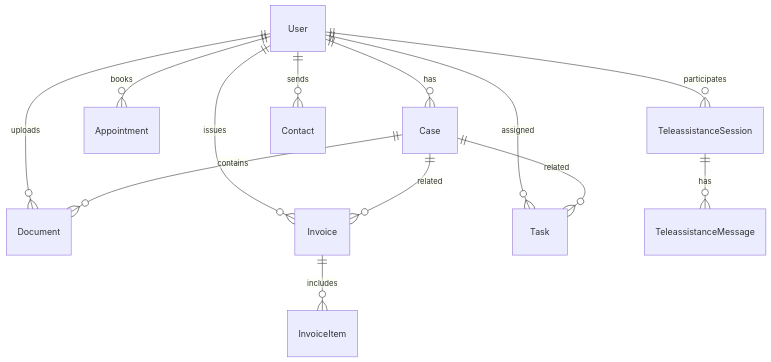
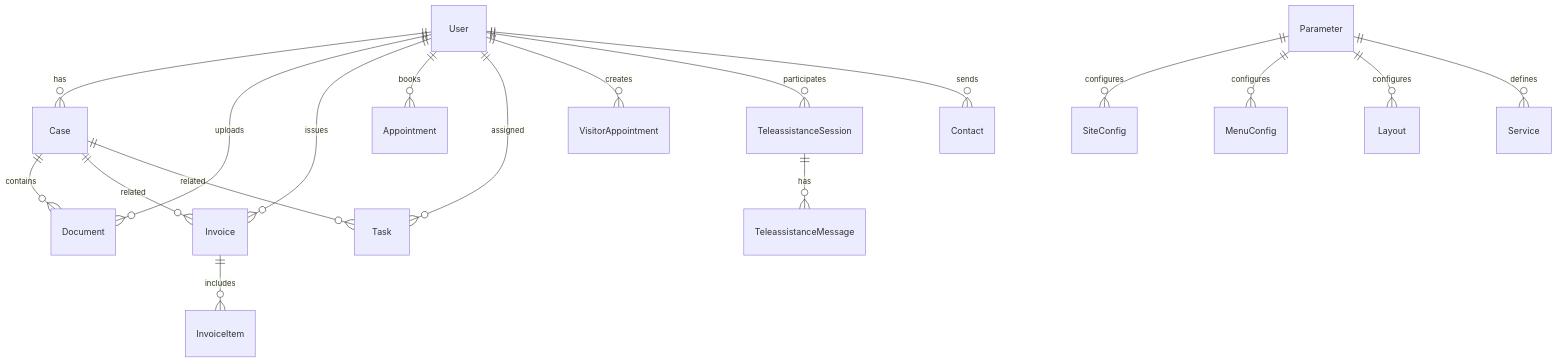
Before and after one commit to gracobjo/experimento2: the second of 6 diagrams in documentacion/proyecto/DOCUMENTACION_A_ENTREGAR.md, drawn with Mermaid. The commit also changed other lines of this file and 158 other files, not shown here.

````diff
--- a/documentacion/proyecto/DOCUMENTACION_A_ENTREGAR.md
+++ b/documentacion/proyecto/DOCUMENTACION_A_ENTREGAR.md
@@ -166,15 +221,20 @@
 ```mermaid
 erDiagram
     User ||--o{ Case : has
     User ||--o{ Document : uploads
     User ||--o{ Invoice : issues
     User ||--o{ Appointment : books
     User ||--o{ Task : assigned
+    User ||--o{ VisitorAppointment : creates
     Case ||--o{ Document : contains
     Case ||--o{ Invoice : related
     Case ||--o{ Task : related
     Invoice ||--o{ InvoiceItem : includes
     User ||--o{ TeleassistanceSession : participates
     TeleassistanceSession ||--o{ TeleassistanceMessage : has
     User ||--o{ Contact : sends
+    Parameter ||--o{ SiteConfig : configures
+    Parameter ||--o{ MenuConfig : configures
+    Parameter ||--o{ Layout : configures
+    Parameter ||--o{ Service : defines
 ```
````
